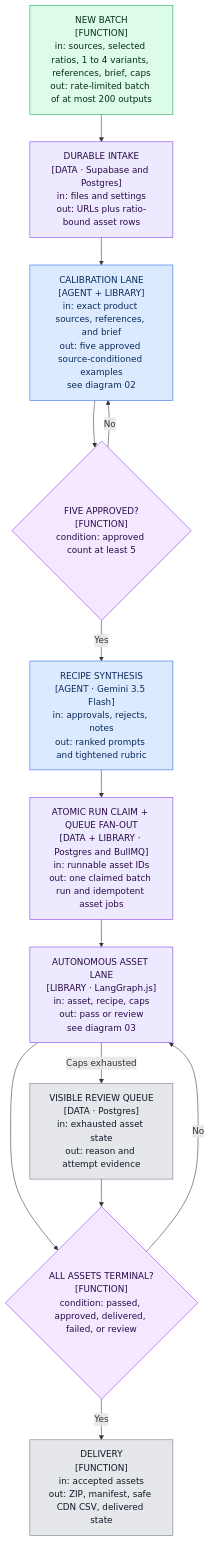
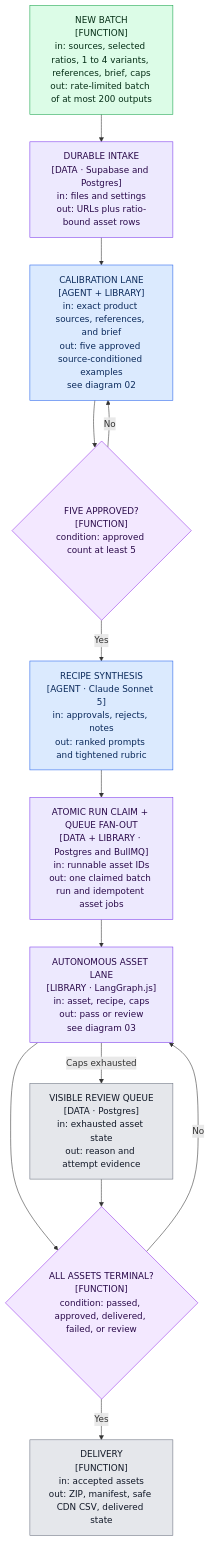
Before and after one commit to APareek89/creative-qc-agent: the diagram in docs/mermaid/01-master.mmd, drawn with Mermaid. The commit also changed 31 other files, not shown here.

Commit message:
feat: replace Gemini with Claude and fal VLM QC

```diff
--- a/docs/mermaid/01-master.mmd
+++ b/docs/mermaid/01-master.mmd
@@ -1,26 +1,26 @@
 %% 01 Creative QC Agent master flow
 %% files: src/app/api/batches/route.ts, src/lib/orchestrator/graph.ts, worker/index.ts, src/app/api/batches/[id]/delivery/route.ts
 %% granularity: master
 flowchart TD
   A["NEW BATCH<br/>[FUNCTION]<br/>in: sources, selected ratios, 1 to 4 variants, references, brief, caps<br/>out: rate-limited batch of at most 200 outputs"]:::fn
   B["DURABLE INTAKE<br/>[DATA · Supabase and Postgres]<br/>in: files and settings<br/>out: URLs plus ratio-bound asset rows"]:::data
   C["CALIBRATION LANE<br/>[AGENT + LIBRARY]<br/>in: exact product sources, references, and brief<br/>out: five approved source-conditioned examples<br/>see diagram 02"]:::agent
   D{"FIVE APPROVED?<br/>[FUNCTION]<br/>condition: approved count at least 5"}:::dec
-  E["RECIPE SYNTHESIS<br/>[AGENT · Gemini 3.5 Flash]<br/>in: approvals, rejects, notes<br/>out: ranked prompts and tightened rubric"]:::agent
+  E["RECIPE SYNTHESIS<br/>[AGENT · Claude Sonnet 5]<br/>in: approvals, rejects, notes<br/>out: ranked prompts and tightened rubric"]:::agent
   F["ATOMIC RUN CLAIM + QUEUE FAN-OUT<br/>[DATA + LIBRARY · Postgres and BullMQ]<br/>in: runnable asset IDs<br/>out: one claimed batch run and idempotent asset jobs"]:::data
   G["AUTONOMOUS ASSET LANE<br/>[LIBRARY · LangGraph.js]<br/>in: asset, recipe, caps<br/>out: pass or review<br/>see diagram 03"]:::data
   H{"ALL ASSETS TERMINAL?<br/>[FUNCTION]<br/>condition: passed, approved, delivered, failed, or review"}:::dec
   I["DELIVERY<br/>[FUNCTION]<br/>in: accepted assets<br/>out: ZIP, manifest, safe CDN CSV, delivered state"]:::term
   J["VISIBLE REVIEW QUEUE<br/>[DATA · Postgres]<br/>in: exhausted asset state<br/>out: reason and attempt evidence"]:::term
   A --> B --> C --> D
   D -->|"No"| C
   D -->|"Yes"| E --> F --> G --> H
   G -->|"Caps exhausted"| J --> H
   H -->|"No"| G
   H -->|"Yes"| I
   classDef agent fill:#dbeafe,stroke:#2563eb,color:#0b2a5b;
   classDef fn fill:#dcfce7,stroke:#16a34a,color:#052e16;
   classDef dec fill:#f3e8ff,stroke:#9333ea,color:#2a0a4a;
   classDef term fill:#e5e7eb,stroke:#6b7280,color:#111827;
   classDef ask fill:#cffafe,stroke:#0891b2,color:#083344;
   classDef data fill:#ede9fe,stroke:#7c3aed,color:#2a0a4a;
```
